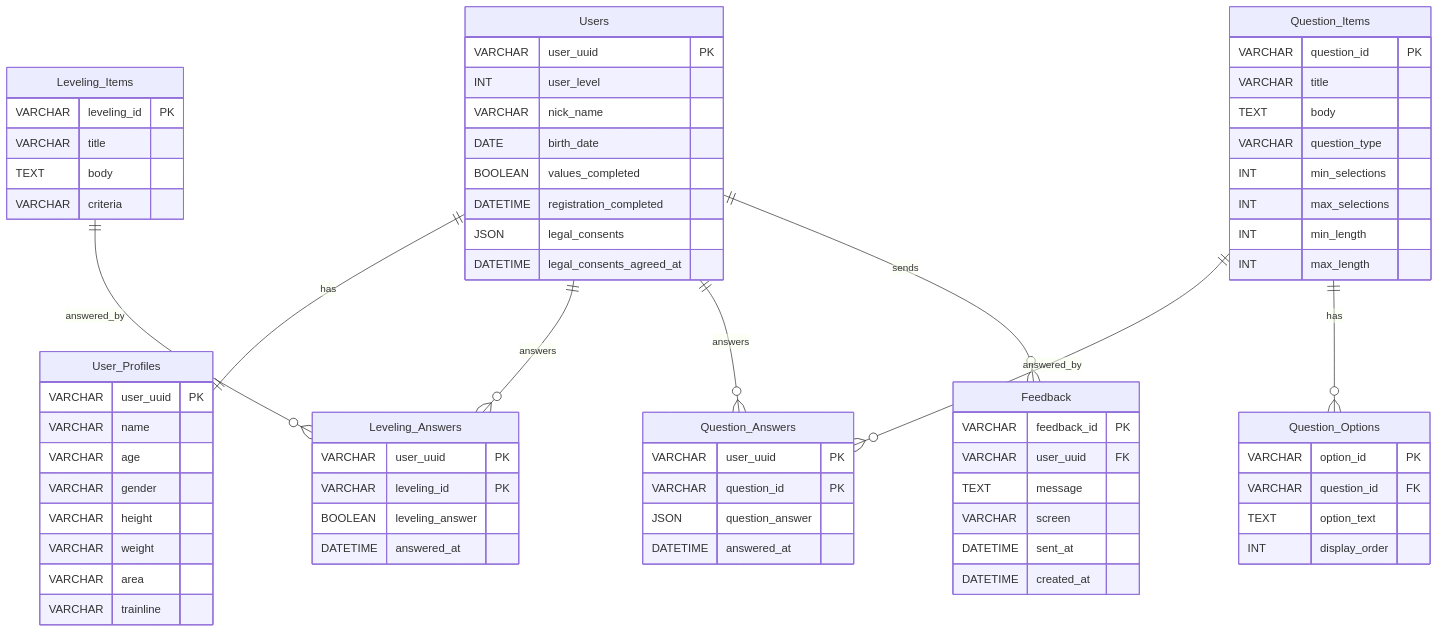
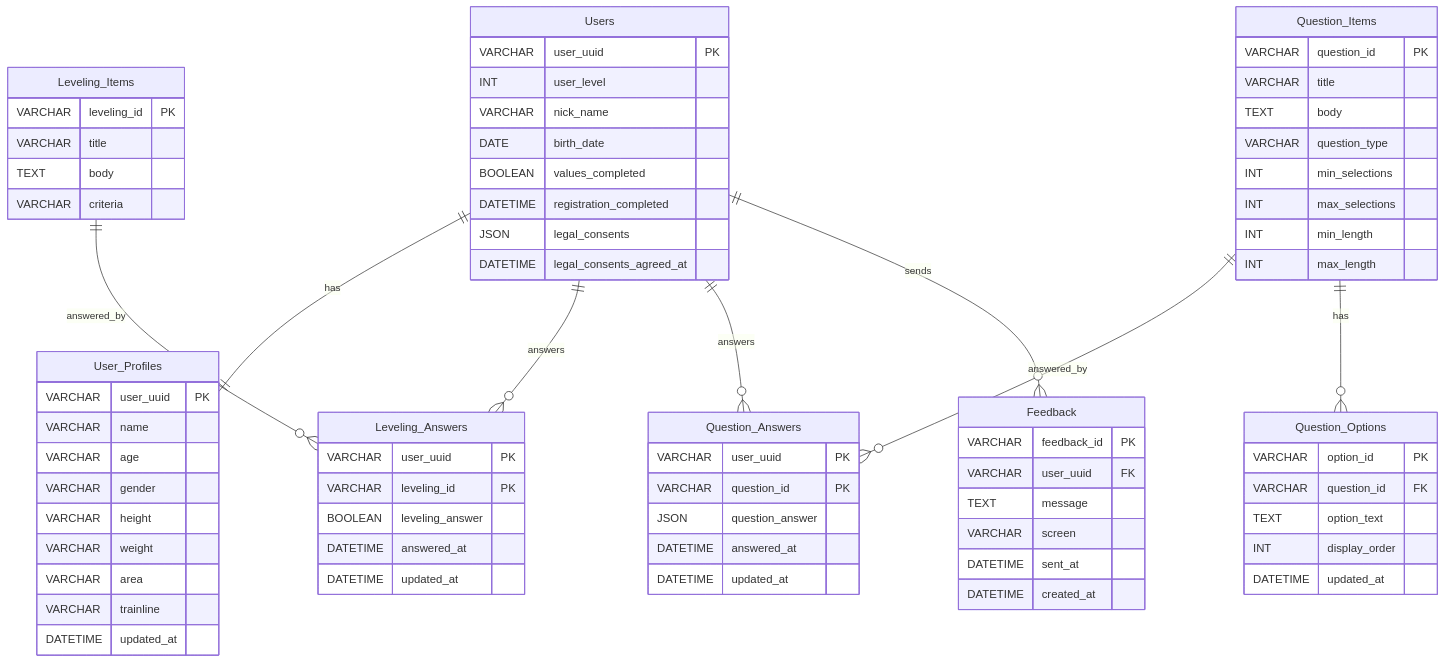
One commit to Stepwise-developer/Matcher changed the second of 2 diagrams in workspace/db/TABLE_SPEC.md. Above: the diagram before and after it, drawn with Mermaid. The commit also changed other lines of this file and 4 other files, not shown here.

```diff
--- a/workspace/db/TABLE_SPEC.md
+++ b/workspace/db/TABLE_SPEC.md
@@ -227,6 +234,7 @@
         VARCHAR weight
         VARCHAR area
         VARCHAR trainline
+        DATETIME updated_at
     }
 
     Leveling_Items {
@@ -241,6 +249,7 @@
         VARCHAR leveling_id PK
         BOOLEAN leveling_answer
         DATETIME answered_at
+        DATETIME updated_at
     }
 
     Question_Items {
@@ -259,6 +268,7 @@
         VARCHAR question_id FK
         TEXT option_text
         INT display_order
+        DATETIME updated_at
     }
 
     Question_Answers {
@@ -266,6 +276,7 @@
         VARCHAR question_id PK
         JSON question_answer
         DATETIME answered_at
+        DATETIME updated_at
     }
 
     Feedback {
```
